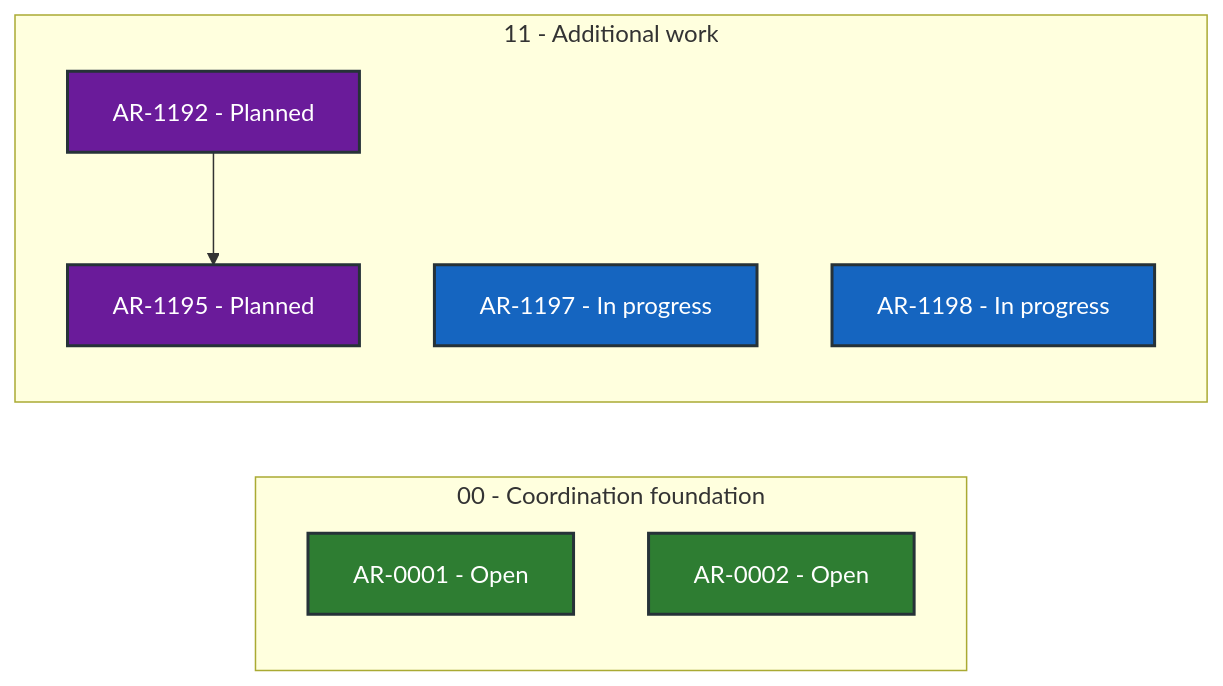
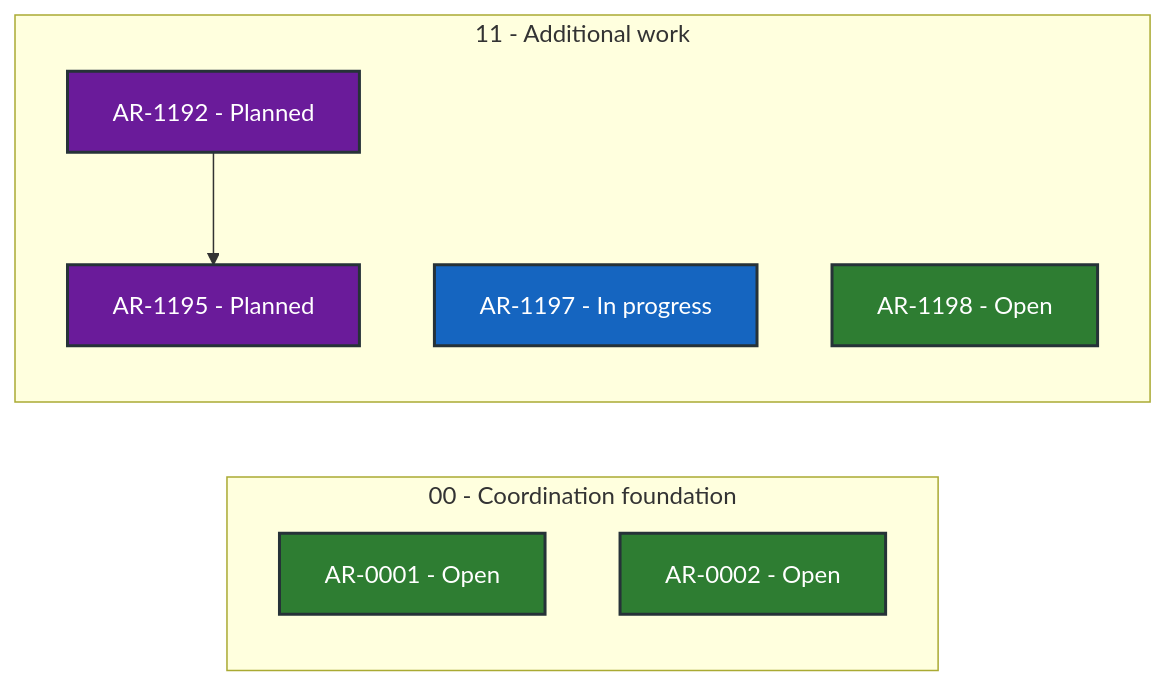
One commit to martin-beck/asb-tui-state changed the diagram in STATUS.md. Above: the diagram before and after it, drawn with Mermaid. The commit also changed other lines of this file and 2 other files, not shown here.

````diff
--- a/STATUS.md
+++ b/STATUS.md
@@ -27,24 +27,24 @@
 ```mermaid
 flowchart LR
     subgraph series_00["00 - Coordination foundation"]
         direction TB
         AR_0001["AR-0001 - Open"]:::status_open
         AR_0002["AR-0002 - Open"]:::status_open
     end
     subgraph series_11["11 - Additional work"]
         direction TB
         AR_1192["AR-1192 - Planned"]:::status_planned
         AR_1195["AR-1195 - Planned"]:::status_planned
         AR_1197["AR-1197 - In progress"]:::status_in_progress
-        AR_1198["AR-1198 - In progress"]:::status_in_progress
+        AR_1198["AR-1198 - Open"]:::status_open
     end
     AR_1192 --> AR_1195
     classDef status_in_progress fill:#1565c0,color:#ffffff,stroke:#263238,stroke-width:2px
     classDef status_open fill:#2e7d32,color:#ffffff,stroke:#263238,stroke-width:2px
     classDef status_blocked fill:#c62828,color:#ffffff,stroke:#263238,stroke-width:2px
     classDef status_planned fill:#6a1b9a,color:#ffffff,stroke:#263238,stroke-width:2px
     classDef status_future fill:#455a64,color:#ffffff,stroke:#263238,stroke-width:2px
     classDef status_done fill:#00695c,color:#ffffff,stroke:#263238,stroke-width:2px
     classDef status_cancelled fill:#616161,color:#ffffff,stroke:#263238,stroke-width:2px
     classDef status_superseded fill:#5d4037,color:#ffffff,stroke:#263238,stroke-width:2px
 ```
````
